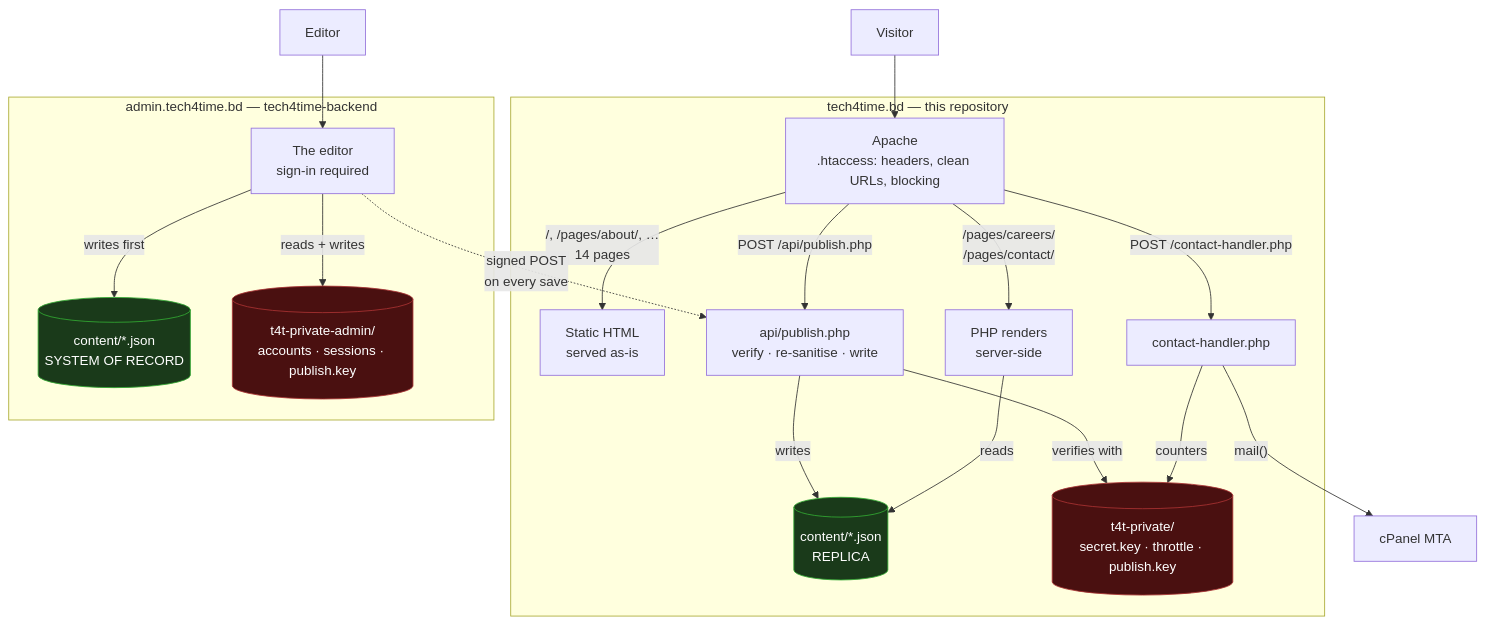
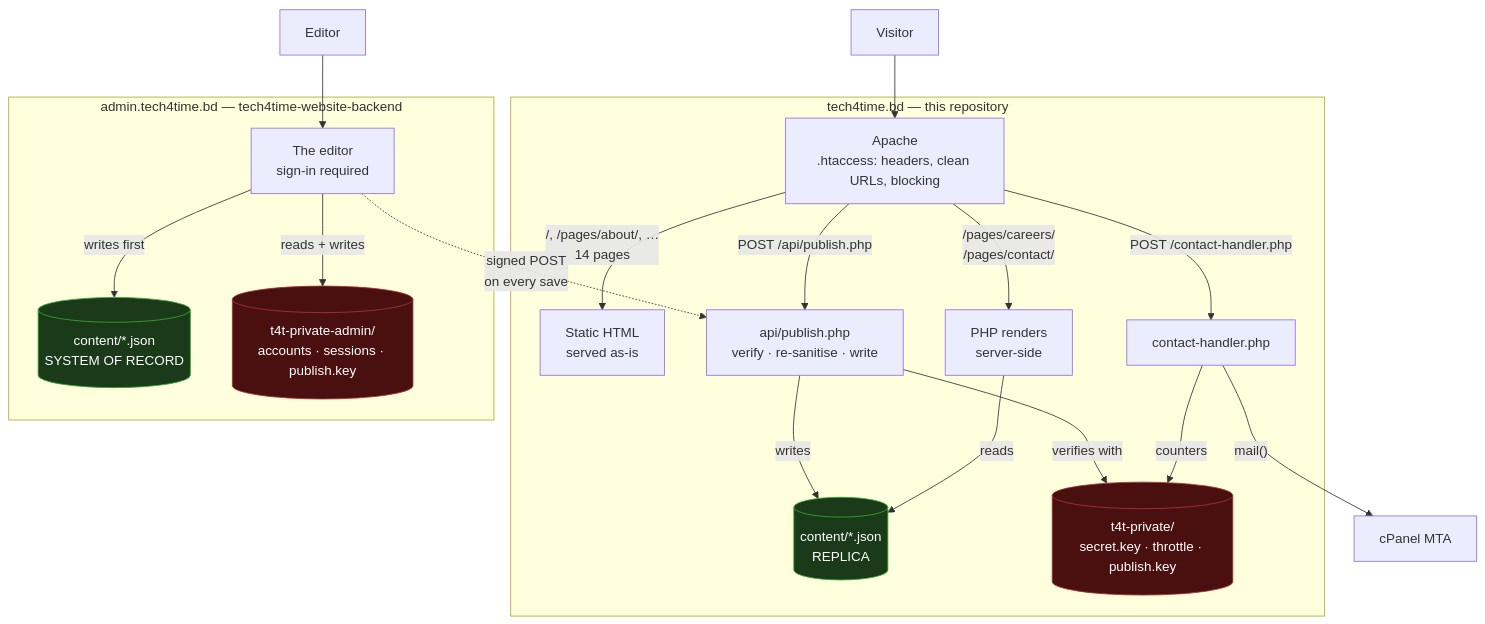
One commit to M-s-Tech4TIME/tech4time-website-frontend changed the first of 3 diagrams in docs/00-orientation/architecture.md. Above: the diagram before and after it, drawn with Mermaid. The commit also changed other lines of this file and 44 other files, not shown here.

````diff
--- a/docs/00-orientation/architecture.md
+++ b/docs/00-orientation/architecture.md
@@ -12,40 +12,40 @@
 ```mermaid
 flowchart TB
     subgraph FE["tech4time.bd — this repository"]
         AP["Apache<br/>.htaccess: headers, clean URLs, blocking"]
         ST["Static HTML<br/>served as-is"]
         PHP["PHP renders<br/>server-side"]
         CH["contact-handler.php"]
         API["api/publish.php<br/>verify · re-sanitise · write"]
         CJ[("content/*.json<br/>REPLICA")]
         PS[("t4t-private/<br/>secret.key · throttle · publish.key")]
     end
 
-    subgraph BE["admin.tech4time.bd — tech4time-backend"]
+    subgraph BE["admin.tech4time.bd — tech4time-website-backend"]
         ADM["The editor<br/>sign-in required"]
         BJ[("content/*.json<br/>SYSTEM OF RECORD")]
         BPS[("t4t-private-admin/<br/>accounts · sessions · publish.key")]
     end
 
     V["Visitor"] --> AP
     AP -->|"/, /pages/about/, …<br/>14 pages"| ST
     AP -->|"/pages/careers/<br/>/pages/contact/"| PHP
     AP -->|"POST /contact-handler.php"| CH
     AP -->|"POST /api/publish.php"| API
 
     PHP -->|reads| CJ
     API -->|writes| CJ
     CH -->|"mail()"| MX["cPanel MTA"]
     CH -->|counters| PS
     API -->|verifies with| PS
 
     E["Editor"] --> ADM
     ADM -->|writes first| BJ
     ADM -->|reads + writes| BPS
     ADM -.->|"signed POST<br/>on every save"| API
 
     style PS fill:#4a1010,stroke:#a33,color:#fff
     style BPS fill:#4a1010,stroke:#a33,color:#fff
     style CJ fill:#1a3a1a,stroke:#3a3,color:#fff
     style BJ fill:#1a3a1a,stroke:#3a3,color:#fff
 ```
````
